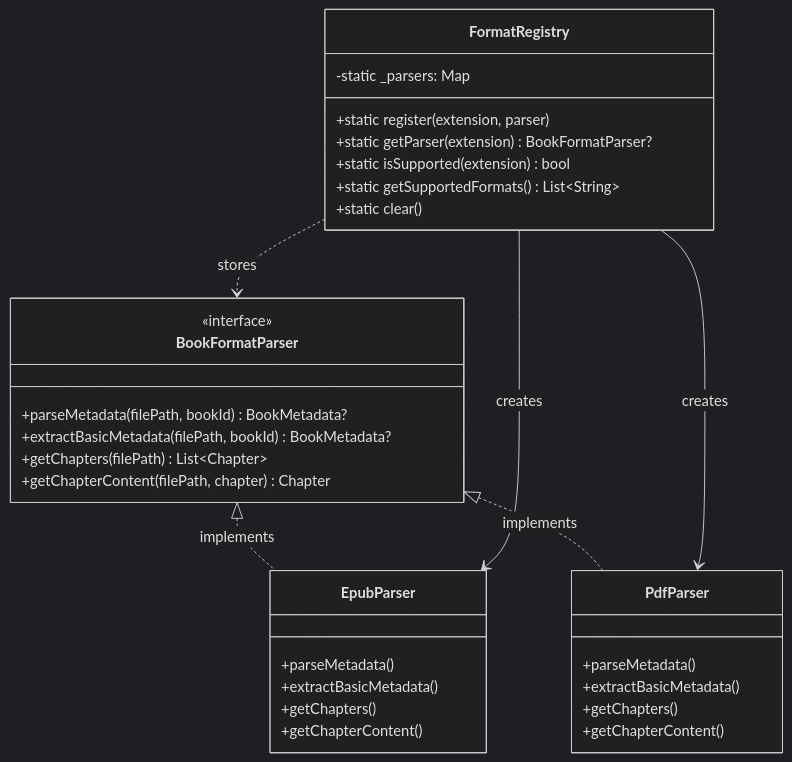
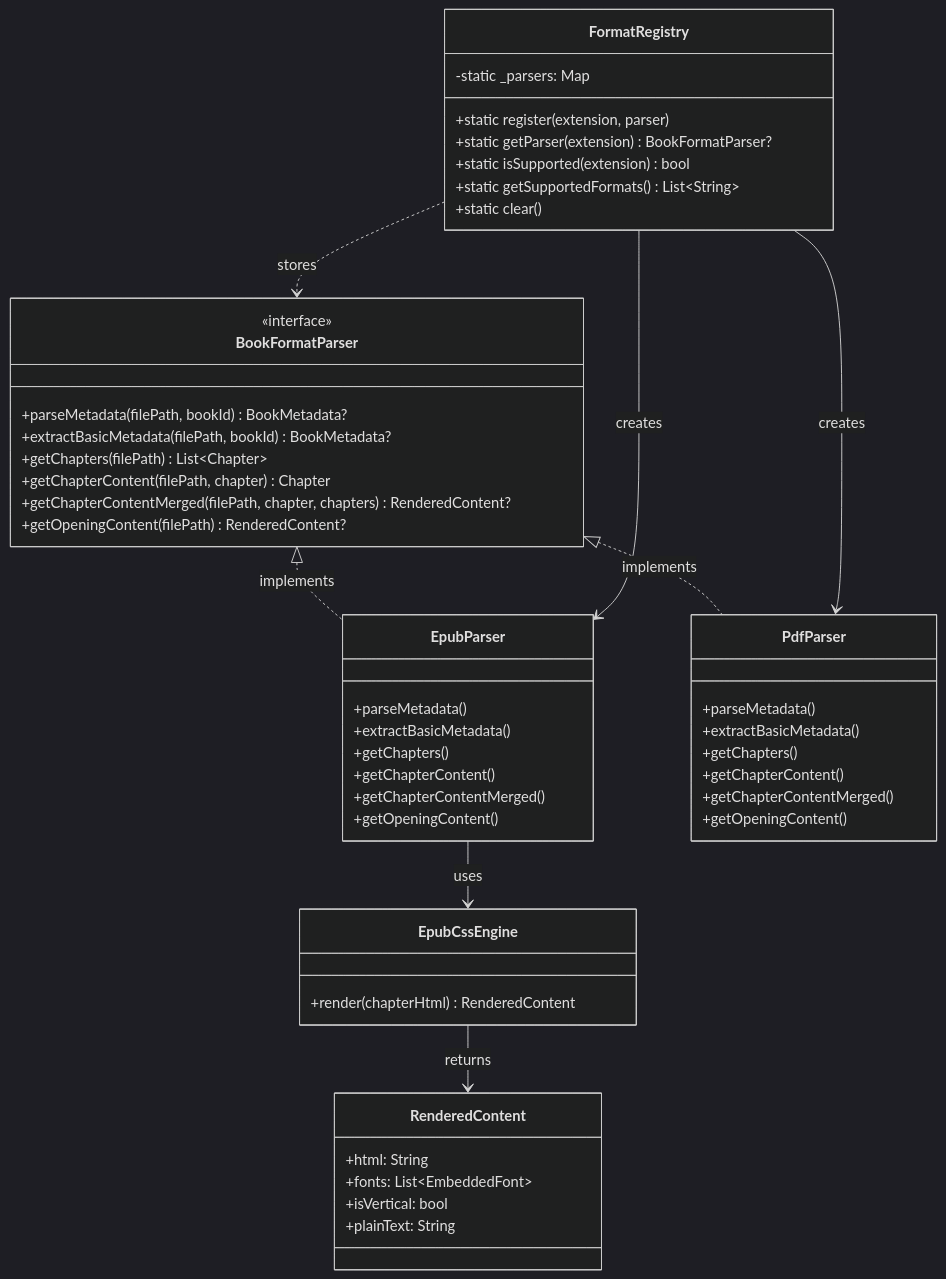
One commit to jjzhang2000/zhidu changed the tenth of 11 diagrams in docs/function_call_relationships_visual.md. Above: the diagram before and after it, drawn with Mermaid (dark theme). The commit also changed other lines of this file and 11 other files, not shown here.

First line of the commit message:
feat: EPUB 显示能力改进（渲染器/CSS引擎/字体/图片/竖排/分页）

````diff
--- a/docs/function_call_relationships_visual.md
+++ b/docs/function_call_relationships_visual.md
@@ -434,39 +438,58 @@
 ```mermaid
 classDiagram
     class BookFormatParser {
         <<interface>>
         +parseMetadata(filePath, bookId) BookMetadata?
         +extractBasicMetadata(filePath, bookId) BookMetadata?
         +getChapters(filePath) List~Chapter~
         +getChapterContent(filePath, chapter) Chapter
+        +getChapterContentMerged(filePath, chapter, chapters) RenderedContent?
+        +getOpeningContent(filePath) RenderedContent?
     }
 
     class EpubParser {
         +parseMetadata()
         +extractBasicMetadata()
         +getChapters()
         +getChapterContent()
+        +getChapterContentMerged()
+        +getOpeningContent()
+    }
+
+    class EpubCssEngine {
+        +render(chapterHtml) RenderedContent
     }
 
     class PdfParser {
         +parseMetadata()
         +extractBasicMetadata()
         +getChapters()
         +getChapterContent()
+        +getChapterContentMerged()
+        +getOpeningContent()
+    }
+
+    class RenderedContent {
+        +html: String
+        +fonts: List~EmbeddedFont~
+        +isVertical: bool
+        +plainText: String
     }
 
     class FormatRegistry {
         -static _parsers: Map
         +static register(extension, parser)
         +static getParser(extension) BookFormatParser?
         +static isSupported(extension) bool
         +static getSupportedFormats() List~String~
         +static clear()
     }
 
     BookFormatParser <|.. EpubParser : implements
     BookFormatParser <|.. PdfParser : implements
     FormatRegistry ..> BookFormatParser : stores
     FormatRegistry --> EpubParser : creates
     FormatRegistry --> PdfParser : creates
+    EpubParser --> EpubCssEngine : uses
+    EpubCssEngine --> RenderedContent : returns
 ```
````
